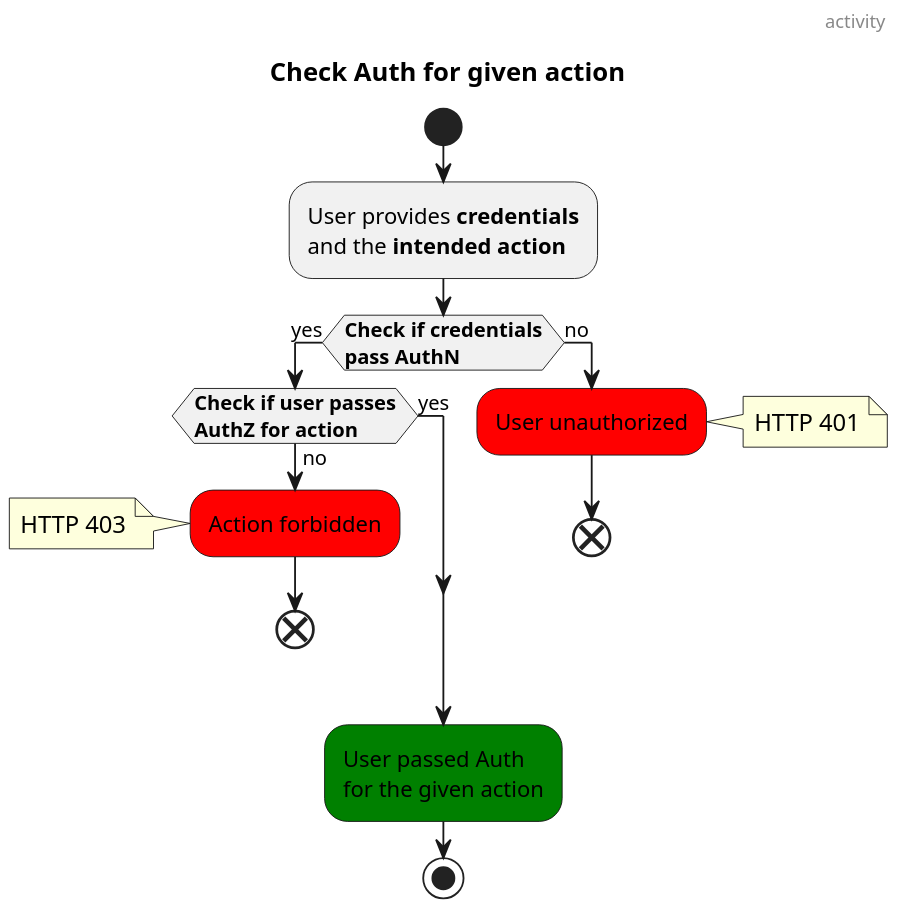
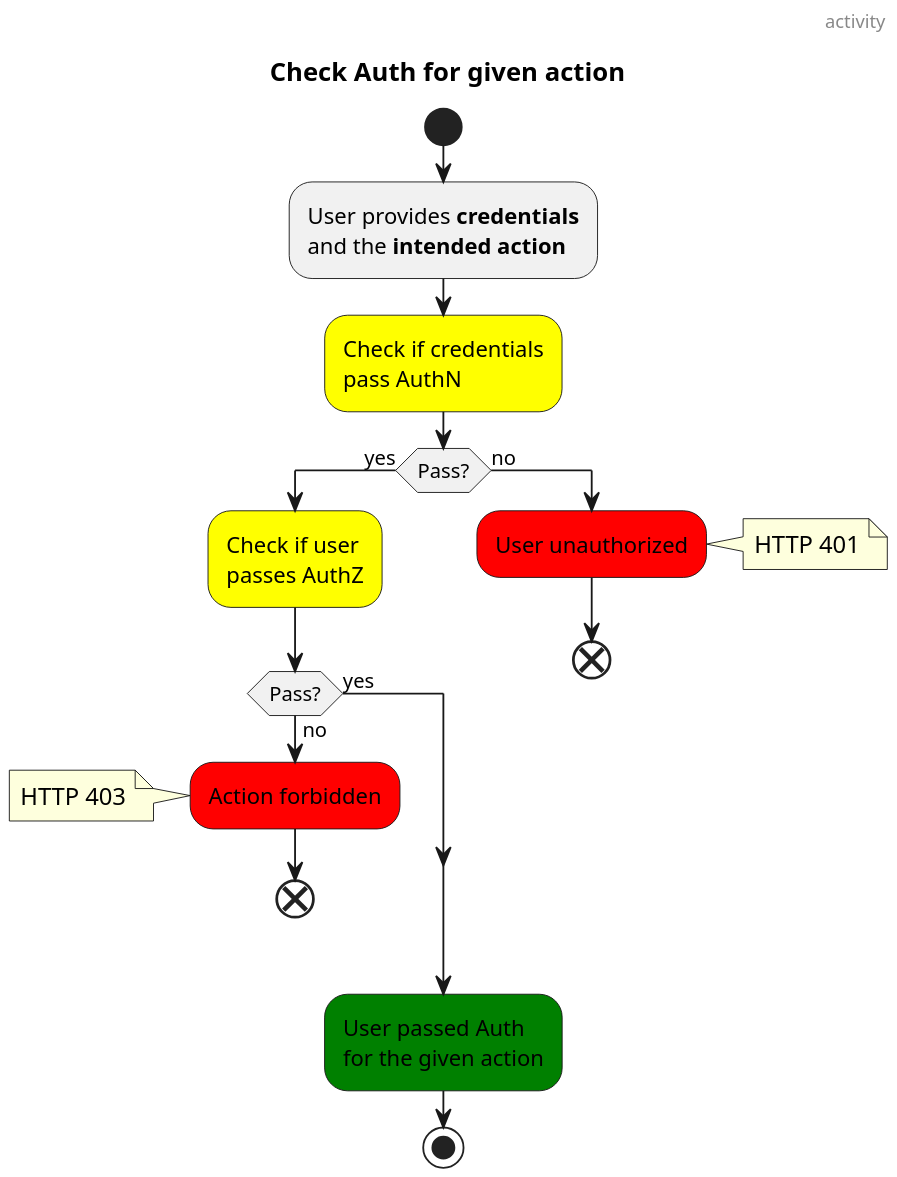
Before and after one commit to xomiachuna/wallabago: the diagram in docs/diagrams/auth.activity.puml, drawn with PlantUML. The commit also changed 6 other files, not shown here.

Commit message:
docs: Add links between activity diagrams

```diff
--- a/docs/diagrams/auth.activity.puml
+++ b/docs/diagrams/auth.activity.puml
@@ -1,24 +1,26 @@
 @startuml auth
 skinparam dpi 200
 header activity
 title Check Auth for given action
 
 start
 :User provides **credentials**
 and the **intended action**;
-if (**Check if credentials**\n**pass AuthN**) then (yes)
-    if (**Check if user passes**\n**AuthZ for action**) then (yes)
+[[authn.activity.svg]]#yellow:Check if credentials\npass AuthN;
+if (Pass?) then (yes)
+    [[authz.activity.svg]]#yellow:Check if user\npasses AuthZ;
+    if (Pass?) then (yes)
     else (no)
         #red:Action forbidden;
         note: HTTP 403
         end
     endif
 else (no)
     #red:User unauthorized;
     note right: HTTP 401
     end
 endif
 #green:User passed Auth
 for the given action;
 stop
 @enduml
```
